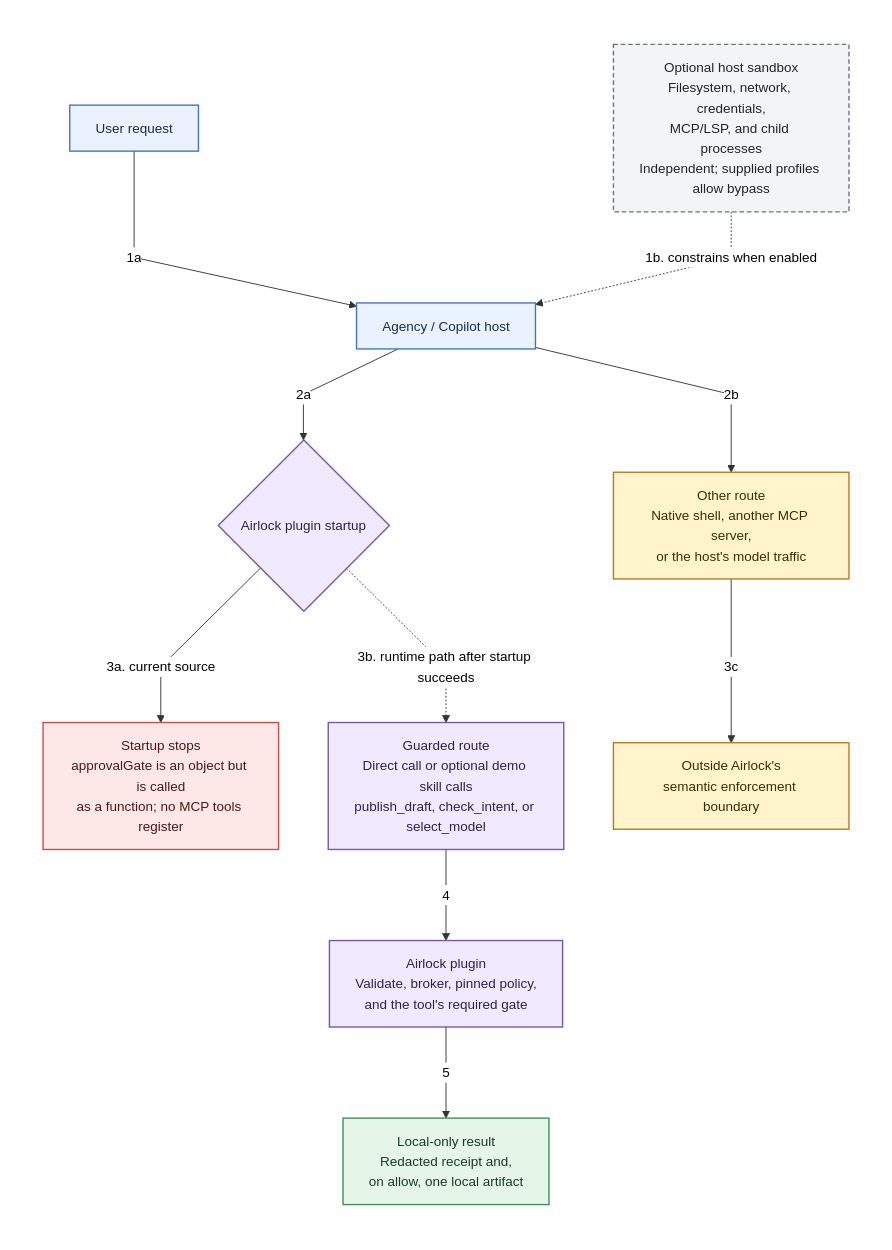
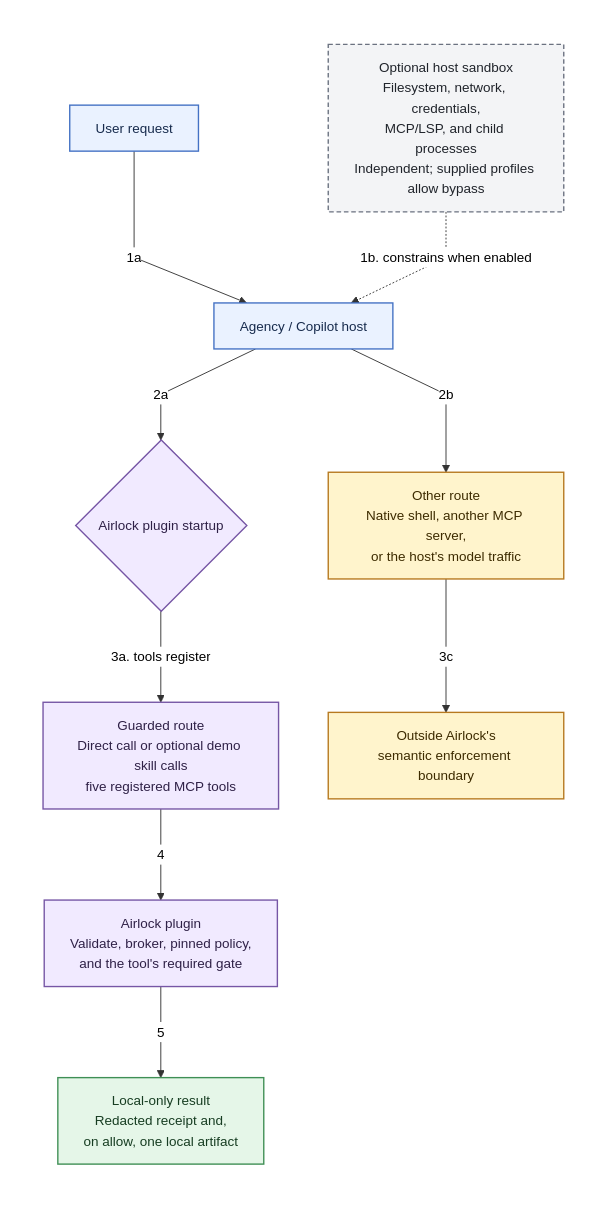
One commit to debchoudhury-id4s/agent-airlock changed the fourth of 5 diagrams in README.md. Above: the diagram before and after it, drawn with Mermaid. The commit also changed other lines of this file and 21 other files, not shown here.

````diff
--- a/README.md
+++ b/README.md
@@ -184,32 +185,29 @@
 ```mermaid
 %%{init: {"fontFamily": "Calibri Light, Calibri, Arial, sans-serif", "themeVariables": {"background": "#ffffff", "edgeLabelBackground": "#ffffff", "textColor": "#000000", "fontSize": "11pt"}, "flowchart": {"useMaxWidth": true, "htmlLabels": true, "curve": "linear", "nodeSpacing": 54, "rankSpacing": 52, "padding": 14, "diagramPadding": 0, "wrappingWidth": 200}}}%%
 flowchart TB
     subgraph WhiteBackground4[" "]
         direction TB
         User["User request"] -->|1a| Host["Agency / Copilot host"]
         Sandbox["Optional host sandbox<br/>Filesystem, network, credentials,<br/>MCP/LSP, and child processes<br/>Independent; supplied profiles allow bypass"] -. "1b. constrains when enabled" .-> Host
 
         Host -->|2a| Startup{"Airlock plugin startup"}
         Host -->|2b| Other["Other route<br/>Native shell, another MCP server,<br/>or the host's model traffic"]
 
-        Startup -->|"3a. current source"| Failure["Startup stops<br/>approvalGate is an object but is called<br/>as a function; no MCP tools register"]
-        Startup -. "3b. runtime path after startup succeeds" .-> Guarded["Guarded route<br/>Direct call or optional demo skill calls<br/>publish_draft, check_intent, or select_model"]
+        Startup -->|"3a. tools register"| Guarded["Guarded route<br/>Direct call or optional demo skill calls<br/>five registered MCP tools"]
         Guarded -->|4| Plugin["Airlock plugin<br/>Validate, broker, pinned policy,<br/>and the tool's required gate"]
         Plugin -->|5| Local["Local-only result<br/>Redacted receipt and,<br/>on allow, one local artifact"]
         Other -->|3c| Outside["Outside Airlock's<br/>semantic enforcement boundary"]
     end
 
     style WhiteBackground4 fill:#ffffff,stroke:#ffffff,color:#ffffff;
     classDef actor fill:#eaf2ff,stroke:#4472c4,color:#172b4d,stroke-width:1.5px;
     classDef containment fill:#f3f4f6,stroke:#6b7280,color:#20242b,stroke-width:1.5px,stroke-dasharray:5 3;
     classDef control fill:#f1eaff,stroke:#7656a5,color:#2f2147,stroke-width:1.5px;
     classDef evidence fill:#e5f6e8,stroke:#3f8f55,color:#173d22,stroke-width:1.5px;
     classDef outside fill:#fff4cc,stroke:#b7791f,color:#3d2b00,stroke-width:1.5px;
-    classDef failure fill:#fde8e7,stroke:#c94c4c,color:#4a1717,stroke-width:1.5px;
     class User,Host actor;
     class Sandbox containment;
     class Startup,Guarded,Plugin control;
     class Local evidence;
     class Other,Outside outside;
-    class Failure failure;
 ```
````
